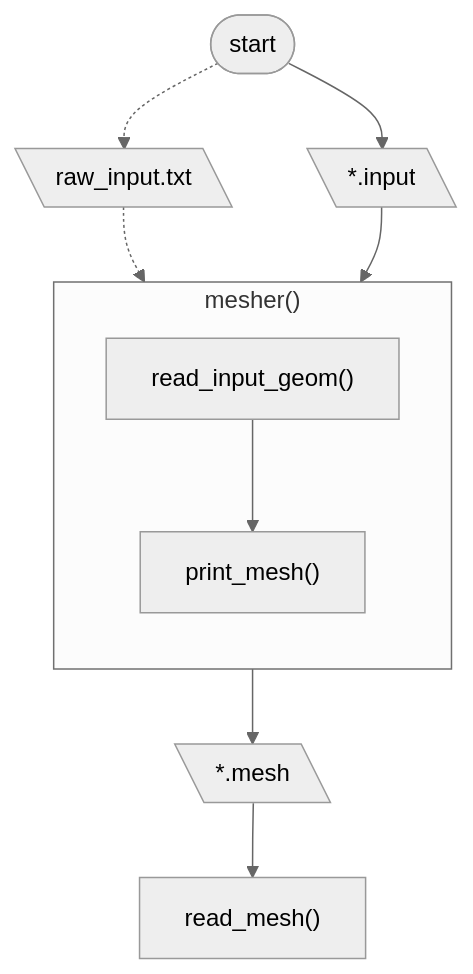
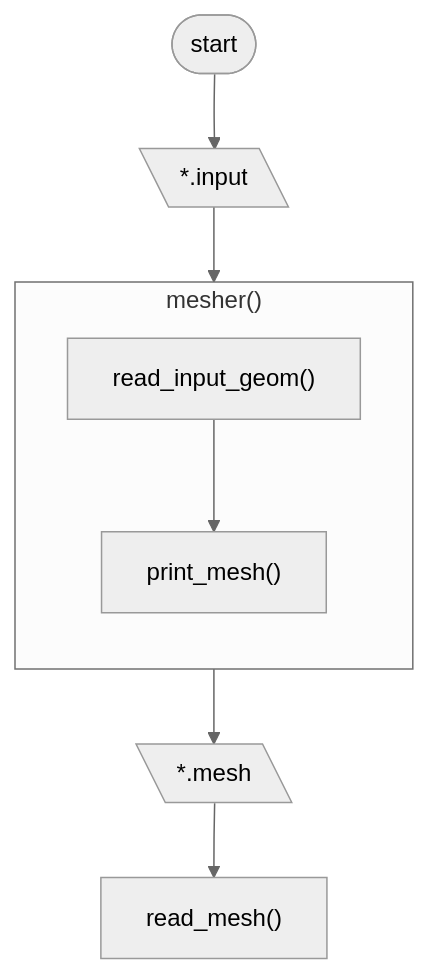
The diagram in README.md (ppinuzz/CFDsolver), drawn with Mermaid (neutral theme) before and after one commit. The commit also changed other lines of this file, not shown here.

````diff
--- a/README.md
+++ b/README.md
@@ -11,13 +11,11 @@
 ```mermaid
 flowchart TD
     start([start]) --> geomInput[\*.input\] 
-    start -.-> rawInput[\raw_input.txt\]
-    rawInput -.-> mesher
     geomInput --> mesher
     subgraph mesher ["mesher()"]
         direction TB
         readInputGeom["read_input_geom()"] --> printMesh["print_mesh()"]
     end
     mesher --> meshFile[\*.mesh\]
     meshFile --> readMesh["read_mesh()"]
 ```
````
